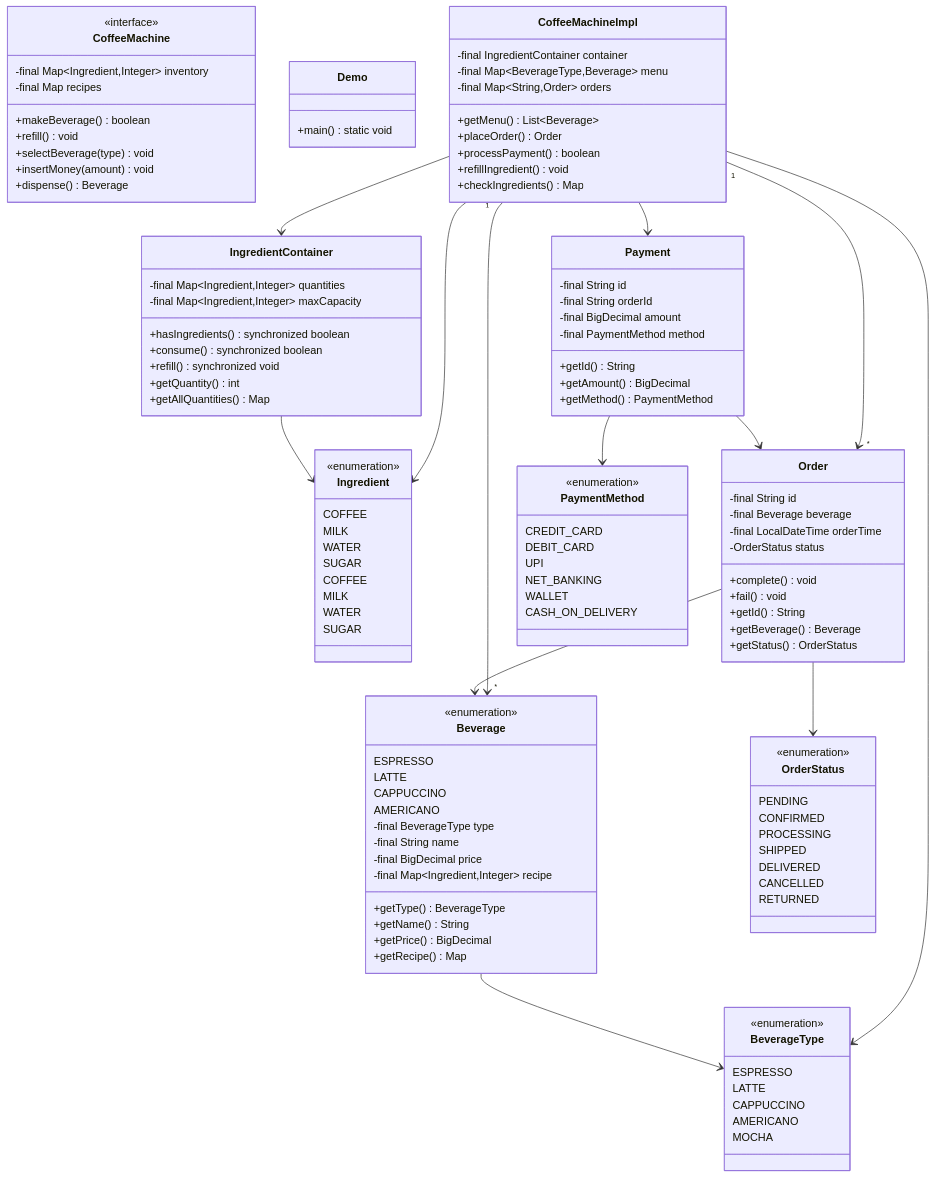
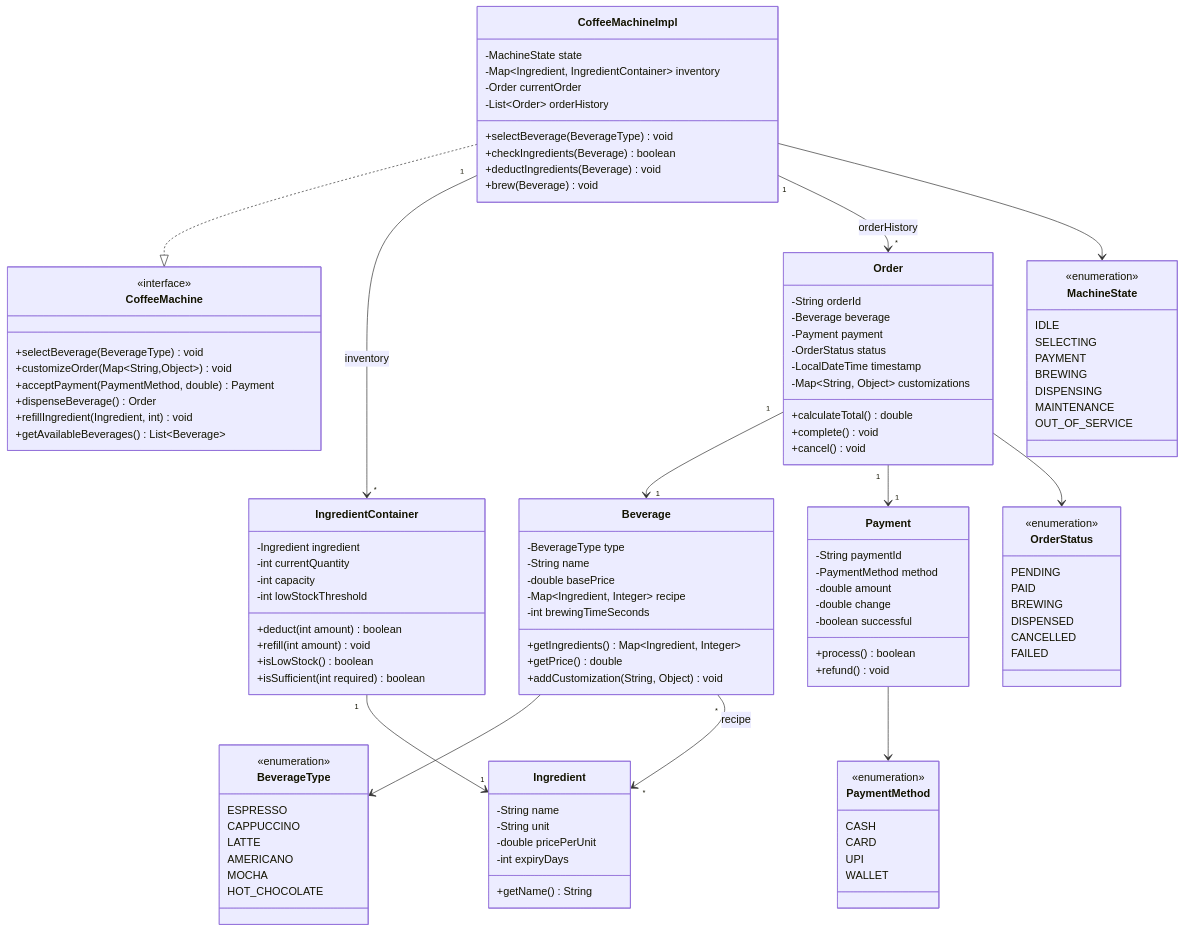
The diagram in docs/problems/coffeemachine/README.md (dlkr18/lld-playbook), drawn with Mermaid before and after one commit. The commit also changed other lines of this file and 306 other files, not shown here.

````diff
--- a/docs/problems/coffeemachine/README.md
+++ b/docs/problems/coffeemachine/README.md
@@ -376,142 +174,130 @@
 ```mermaid
 classDiagram
+    class CoffeeMachine {
+        <<interface>>
+        +selectBeverage(BeverageType) void
+        +customizeOrder(Map~String,Object~) void
+        +acceptPayment(PaymentMethod, double) Payment
+        +dispenseBeverage() Order
+        +refillIngredient(Ingredient, int) void
+        +getAvailableBeverages() List~Beverage~
+    }
 
-    class Ingredient {
-        <<enumeration>>
-        COFFEE
-        MILK
-        WATER
-        SUGAR
+    class CoffeeMachineImpl {
+        -MachineState state
+        -Map~Ingredient, IngredientContainer~ inventory
+        -Order currentOrder
+        -List~Order~ orderHistory
+        +selectBeverage(BeverageType) void
+        +checkIngredients(Beverage) boolean
+        +deductIngredients(Beverage) void
+        +brew(Beverage) void
     }
 
     class Beverage {
+        -BeverageType type
+        -String name
+        -double basePrice
+        -Map~Ingredient, Integer~ recipe
+        -int brewingTimeSeconds
+        +getIngredients() Map~Ingredient, Integer~
+        +getPrice() double
+        +addCustomization(String, Object) void
+    }
+
+    class BeverageType {
         <<enumeration>>
         ESPRESSO
+        CAPPUCCINO
         LATTE
-        CAPPUCCINO
         AMERICANO
+        MOCHA
+        HOT_CHOCOLATE
     }
 
-    class CoffeeMachine {
-        -final Map~Ingredient,Integer~ inventory
-        -final Map<Beverage, Map~Ingredient,Integer~> recipes
-        +makeBeverage() boolean
-        +refill() void
-    }
-
-    class Demo {
-        +main() static void
-    }
-
-    class CoffeeMachineImpl {
-        -final IngredientContainer container
-        -final Map~BeverageType,Beverage~ menu
-        -final Map~String,Order~ orders
-        +getMenu() List~Beverage~
-        +placeOrder() Order
-        +processPayment() boolean
-        +refillIngredient() void
-        +checkIngredients() Map<Ingredient, Integer>
+    class Ingredient {
+        -String name
+        -String unit
+        -double pricePerUnit
+        -int expiryDays
+        +getName() String
     }
 
     class IngredientContainer {
-        -final Map~Ingredient,Integer~ quantities
-        -final Map~Ingredient,Integer~ maxCapacity
-        +hasIngredients() synchronized boolean
-        +consume() synchronized boolean
-        +refill() synchronized void
-        +getQuantity() int
-        +getAllQuantities() Map<Ingredient, Integer>
+        -Ingredient ingredient
+        -int currentQuantity
+        -int capacity
+        -int lowStockThreshold
+        +deduct(int amount) boolean
+        +refill(int amount) void
+        +isLowStock() boolean
+        +isSufficient(int required) boolean
     }
 
     class Order {
-        -final String id
-        -final Beverage beverage
-        -final LocalDateTime orderTime
+        -String orderId
+        -Beverage beverage
+        -Payment payment
         -OrderStatus status
+        -LocalDateTime timestamp
+        -Map~String, Object~ customizations
+        +calculateTotal() double
         +complete() void
-        +fail() void
-        +getId() String
-        +getBeverage() Beverage
-        +getStatus() OrderStatus
+        +cancel() void
     }
 
     class Payment {
-        -final String id
-        -final String orderId
-        -final BigDecimal amount
-        -final PaymentMethod method
-        +getId() String
-        +getAmount() BigDecimal
-        +getMethod() PaymentMethod
+        -String paymentId
+        -PaymentMethod method
+        -double amount
+        -double change
+        -boolean successful
+        +process() boolean
+        +refund() void
     }
 
-    class Ingredient {
+    class PaymentMethod {
         <<enumeration>>
-        COFFEE
-        MILK
-        WATER
-        SUGAR
+        CASH
+        CARD
+        UPI
+        WALLET
     }
 
     class OrderStatus {
         <<enumeration>>
         PENDING
-        CONFIRMED
-        PROCESSING
-        SHIPPED
-        DELIVERED
+        PAID
+        BREWING
+        DISPENSED
         CANCELLED
-        RETURNED
+        FAILED
     }
 
-    class PaymentMethod {
+    class MachineState {
         <<enumeration>>
-        CREDIT_CARD
-        DEBIT_CARD
-        UPI
-        NET_BANKING
-        WALLET
-        CASH_ON_DELIVERY
+        IDLE
+        SELECTING
+        PAYMENT
+        BREWING
+        DISPENSING
+        MAINTENANCE
+        OUT_OF_SERVICE
     }
 
-    class Beverage {
-        -final BeverageType type
-        -final String name
-        -final BigDecimal price
-        -final Map~Ingredient,Integer~ recipe
-        +getType() BeverageType
-        +getName() String
-        +getPrice() BigDecimal
-        +getRecipe() Map<Ingredient, Integer>
-    }
+    CoffeeMachineImpl ..|> CoffeeMachine
+    CoffeeMachineImpl "1" --> "*" IngredientContainer : inventory
+    CoffeeMachineImpl "1" --> "*" Order : orderHistory
+    CoffeeMachineImpl --> MachineState
 
-    class BeverageType {
-        <<enumeration>>
-        ESPRESSO
-        LATTE
-        CAPPUCCINO
-        AMERICANO
-        MOCHA
-    }
+    Order "1" --> "1" Beverage
+    Order "1" --> "1" Payment
+    Order --> OrderStatus
 
-    class CoffeeMachine {
-        <<interface>>
-        +selectBeverage(type) void
-        +insertMoney(amount) void
-        +dispense() Beverage
-    }
+    Beverage --> BeverageType
+    Beverage "*" --> "*" Ingredient : recipe
 
-    CoffeeMachineImpl --> IngredientContainer
-    CoffeeMachineImpl "1" --> "*" Beverage
-    CoffeeMachineImpl "1" --> "*" Order
-    CoffeeMachineImpl --> BeverageType
-    CoffeeMachineImpl --> Payment
-    CoffeeMachineImpl --> Ingredient
-    Order --> Beverage
-    Order --> OrderStatus
-    IngredientContainer --> Ingredient
-    Payment --> Order
+    IngredientContainer "1" --> "1" Ingredient
+
     Payment --> PaymentMethod
-    Beverage --> BeverageType
 ```
````
